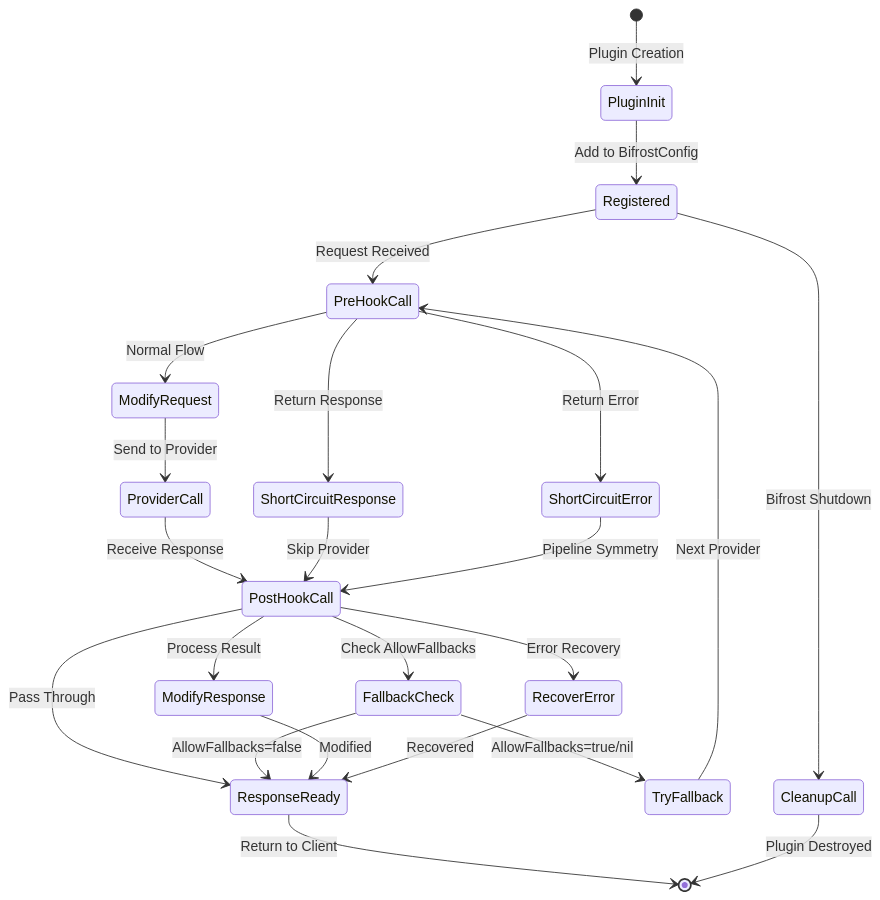
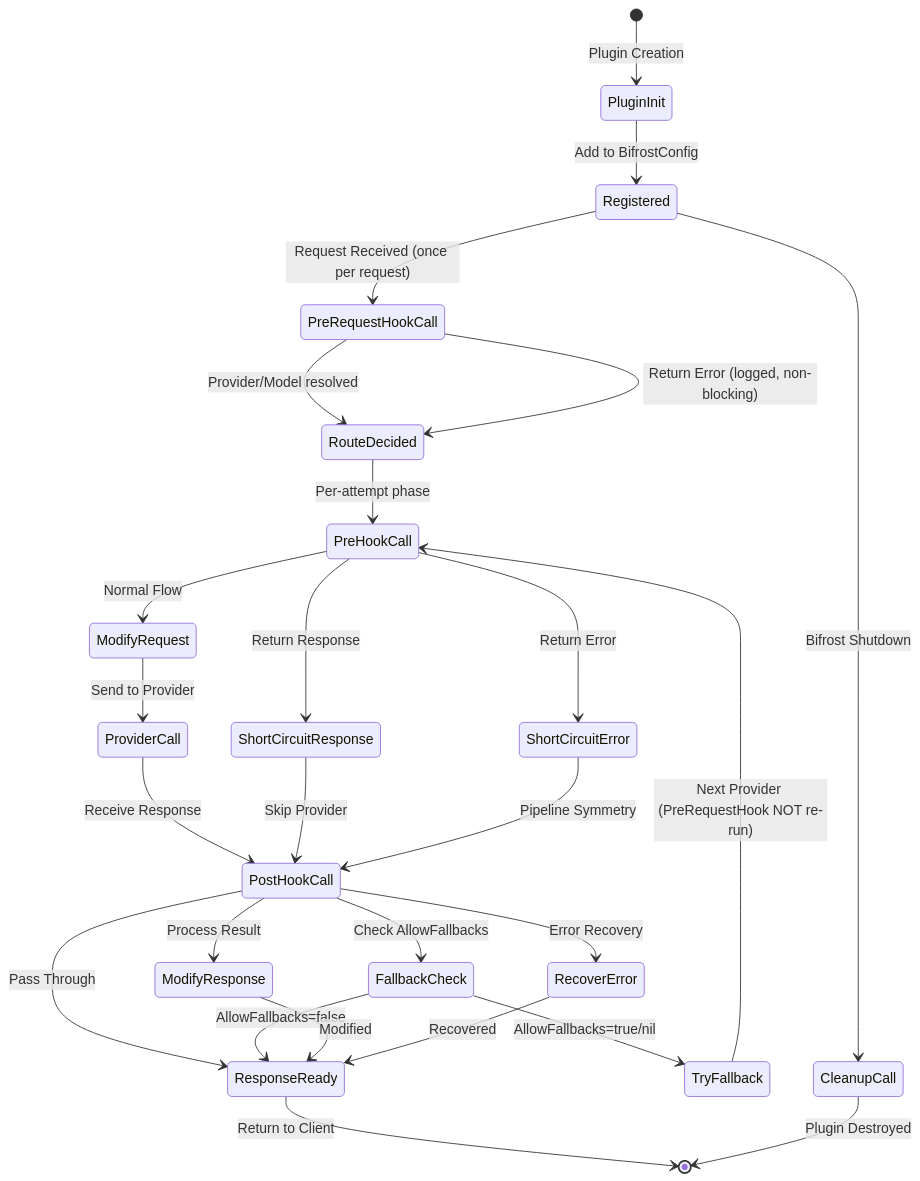
Before and after one commit to akhsaul/bifrost: the second of 10 diagrams in docs/architecture/core/plugins.mdx, drawn with Mermaid. The commit also changed other lines of this file and 4 other files, not shown here.

First line of the commit message:
docs: add `PreRequestHook` routing phase to plugin lifecycle and sequencing docs (#4178)

````diff
--- a/docs/architecture/core/plugins.mdx
+++ b/docs/architecture/core/plugins.mdx
@@ -67,32 +67,36 @@
 ```mermaid
 stateDiagram-v2
     [*] --> PluginInit: Plugin Creation
     PluginInit --> Registered: Add to BifrostConfig
-    Registered --> PreHookCall: Request Received
+    Registered --> PreRequestHookCall: Request Received (once per request)
 
+    PreRequestHookCall --> RouteDecided: Provider/Model resolved
+    PreRequestHookCall --> RouteDecided: Return Error (logged, non-blocking)
+
+    RouteDecided --> PreHookCall: Per-attempt phase
     PreHookCall --> ModifyRequest: Normal Flow
     PreHookCall --> ShortCircuitResponse: Return Response
     PreHookCall --> ShortCircuitError: Return Error
 
     ModifyRequest --> ProviderCall: Send to Provider
     ProviderCall --> PostHookCall: Receive Response
 
     ShortCircuitResponse --> PostHookCall: Skip Provider
     ShortCircuitError --> PostHookCall: Pipeline Symmetry
 
     PostHookCall --> ModifyResponse: Process Result
     PostHookCall --> RecoverError: Error Recovery
     PostHookCall --> FallbackCheck: Check AllowFallbacks
     PostHookCall --> ResponseReady: Pass Through
 
     FallbackCheck --> TryFallback: AllowFallbacks=true/nil
     FallbackCheck --> ResponseReady: AllowFallbacks=false
-    TryFallback --> PreHookCall: Next Provider
+    TryFallback --> PreHookCall: Next Provider (PreRequestHook NOT re-run)
 
     ModifyResponse --> ResponseReady: Modified
     RecoverError --> ResponseReady: Recovered
     ResponseReady --> [*]: Return to Client
 
     Registered --> CleanupCall: Bifrost Shutdown
     CleanupCall --> [*]: Plugin Destroyed
 ```
````
